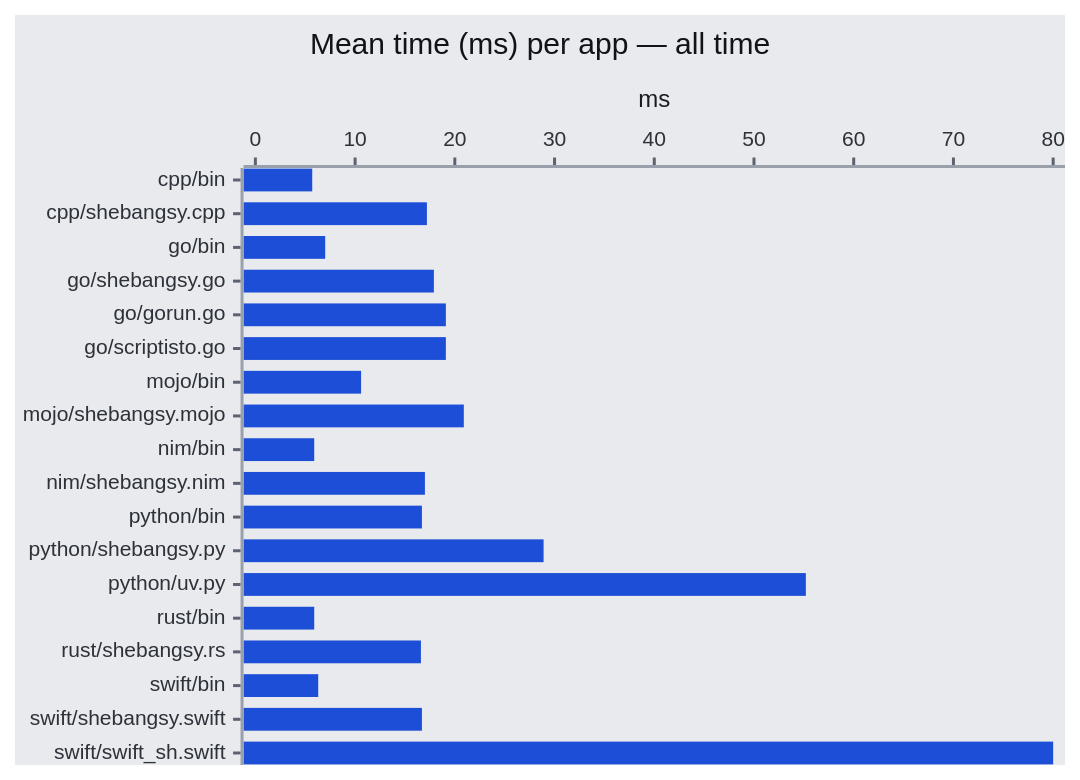
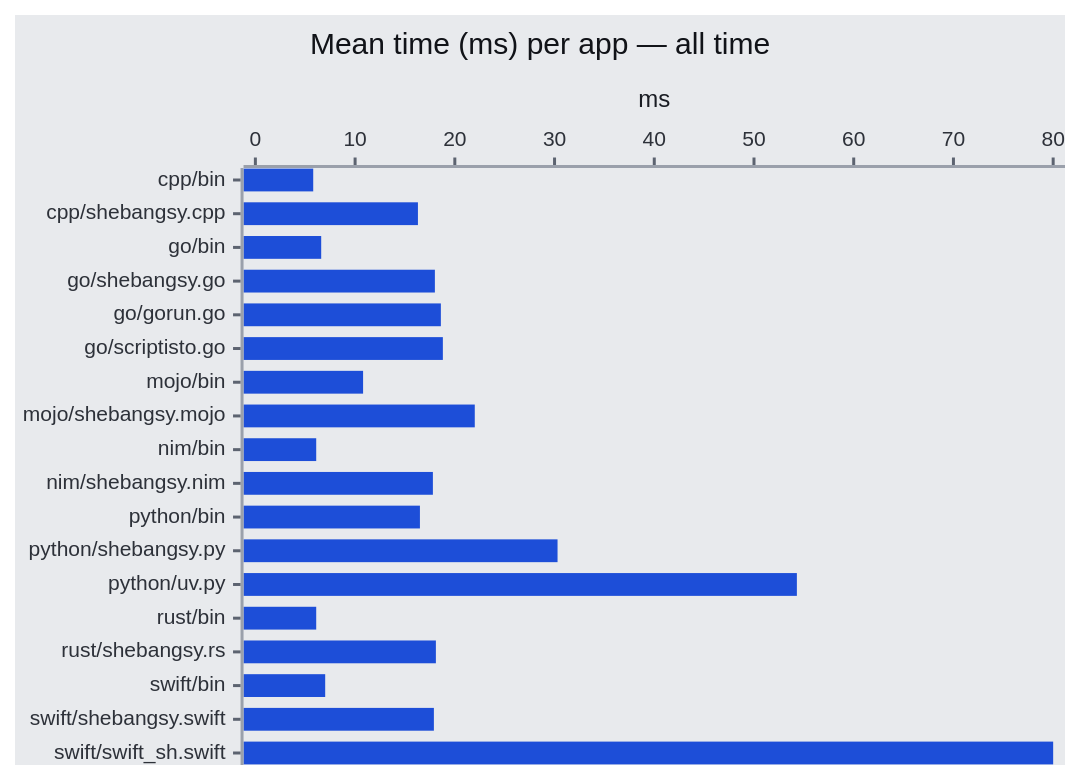
Before and after one commit to bdombro/shebangsy: the diagram in README.md, drawn with Mermaid. The commit also changed 15 other files, not shown here.

````diff
--- a/README.md
+++ b/README.md
@@ -119,23 +119,23 @@
 ```mermaid
 ---
 config:
   themeVariables:
     xyChart:
       backgroundColor: "#e8eaed"
       plotColorPalette: "#1d4ed8, #1d4ed8, #15803d, #15803d, #15803d, #15803d, #a16207, #a16207, #7c3aed, #7c3aed, #b91c1c, #b91c1c, #b91c1c, #0e7490, #0e7490, #4338ca, #4338ca, #4338ca"
       titleColor: "#111318"
       xAxisLabelColor: "#2d3139"
       yAxisLabelColor: "#2d3139"
       xAxisTitleColor: "#1a1d24"
       yAxisTitleColor: "#1a1d24"
       xAxisLineColor: "#9aa0ab"
       yAxisLineColor: "#9aa0ab"
       xAxisTickColor: "#5c6370"
       yAxisTickColor: "#5c6370"
 ---
 xychart-beta horizontal
     title "Mean time (ms) per app — all time"
     x-axis ["cpp/bin", "cpp/shebangsy.cpp", "go/bin", "go/shebangsy.go", "go/gorun.go", "go/scriptisto.go", "mojo/bin", "mojo/shebangsy.mojo", "nim/bin", "nim/shebangsy.nim", "python/bin", "python/shebangsy.py", "python/uv.py", "rust/bin", "rust/shebangsy.rs", "swift/bin", "swift/shebangsy.swift", "swift/swift_sh.swift"]
     y-axis "ms" 0 --> 80
-    bar [5.7, 17.2, 7.0, 17.9, 19.1, 19.1, 10.6, 20.9, 5.9, 17.0, 16.7, 28.9, 55.2, 5.9, 16.6, 6.3, 16.7, 80.0]
+    bar [5.8, 16.3, 6.6, 18.0, 18.6, 18.8, 10.8, 22.0, 6.1, 17.8, 16.5, 30.3, 54.3, 6.1, 18.1, 7.0, 17.9, 80.0]
 ```
````
